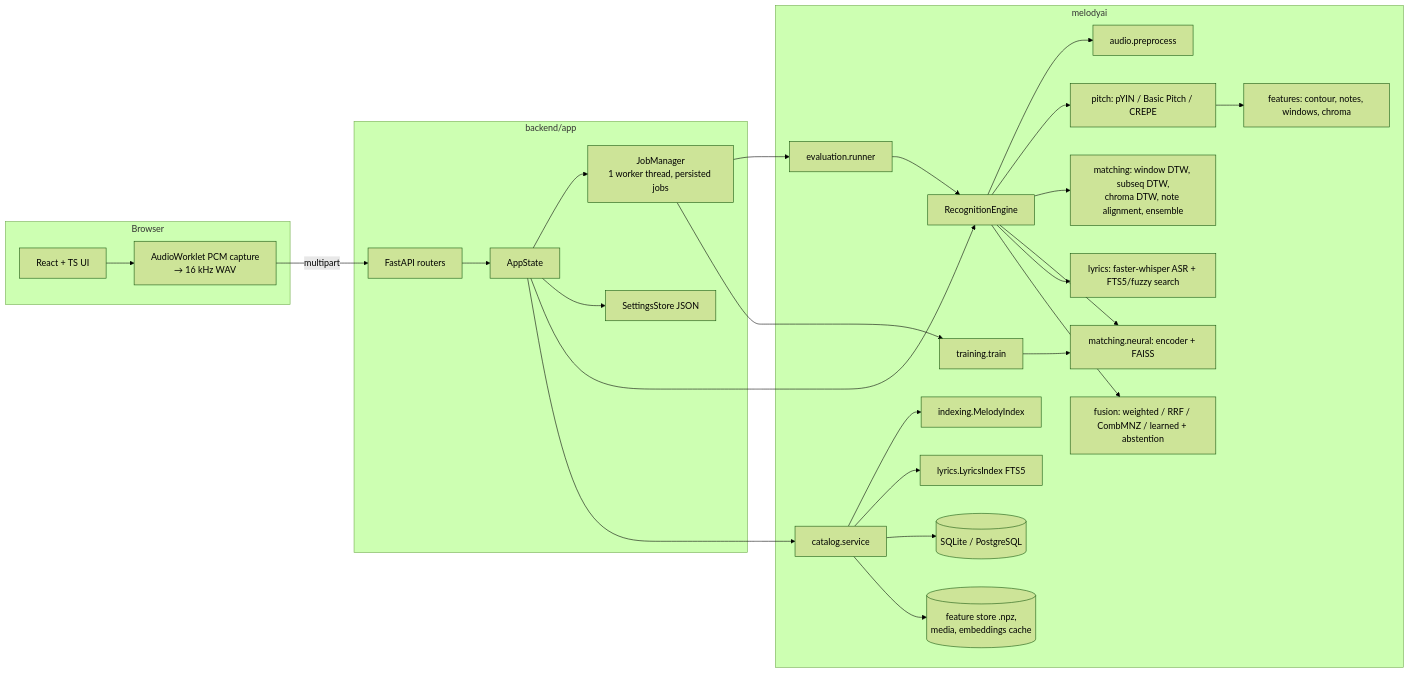
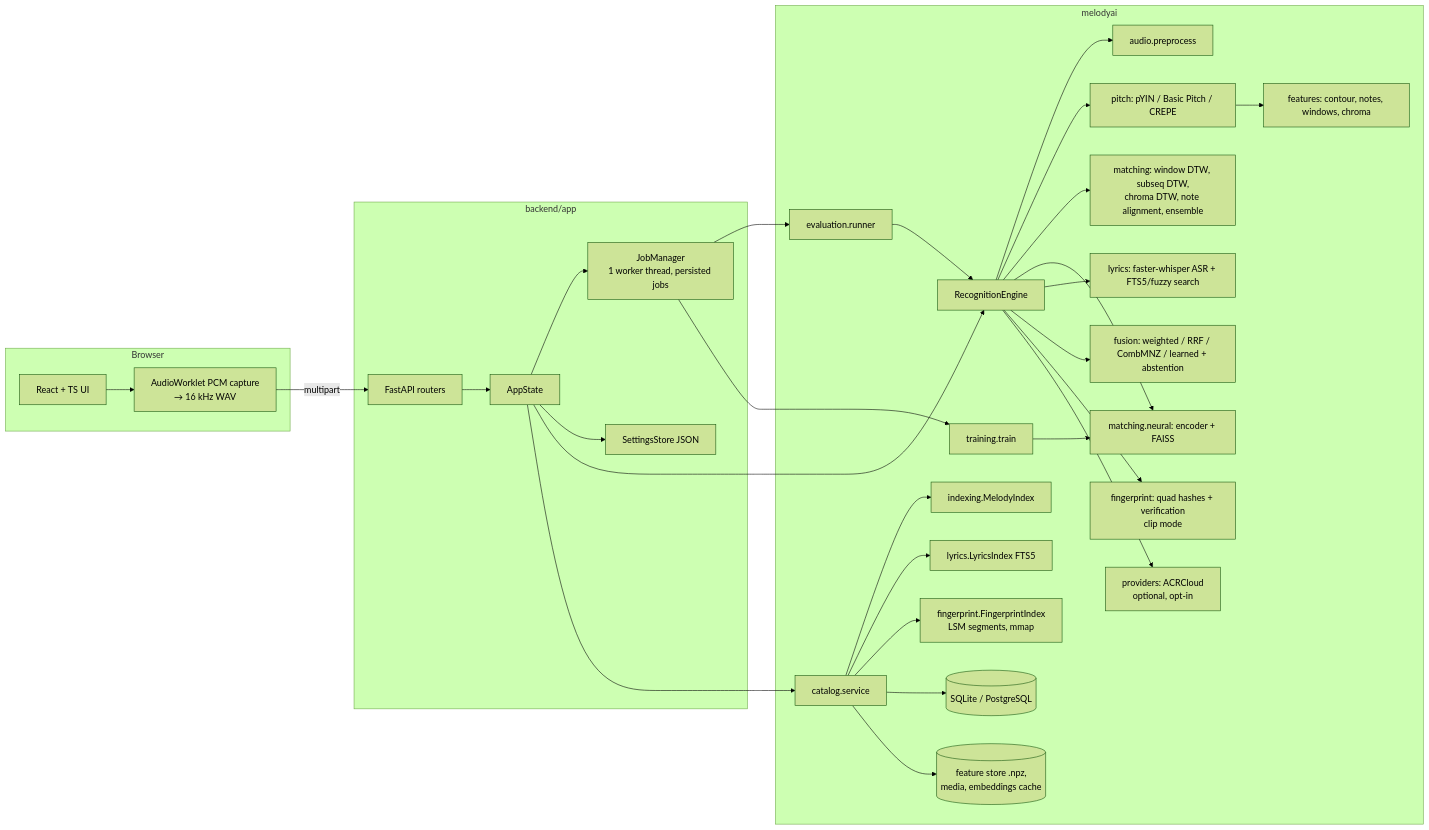
The first of 2 diagrams in docs/ARCHITECTURE.md (Ale-Newport/MelodyAI), drawn with Mermaid (forest theme) before and after one commit. The commit also changed other lines of this file and 53 other files, not shown here.

````diff
--- a/docs/ARCHITECTURE.md
+++ b/docs/ARCHITECTURE.md
@@ -14,31 +14,34 @@
 ```mermaid
 flowchart LR
   subgraph Browser
     UI[React + TS UI] --> REC[AudioWorklet PCM capture<br/>→ 16 kHz WAV]
   end
   REC -->|multipart| API
   subgraph Backend [backend/app]
     API[FastAPI routers] --> ST[AppState]
     ST --> JOBS[JobManager<br/>1 worker thread, persisted jobs]
     ST --> SET[SettingsStore JSON]
   end
   subgraph Science [melodyai]
     ENG[RecognitionEngine] --> PRE[audio.preprocess]
     ENG --> PITCH[pitch: pYIN / Basic Pitch / CREPE]
     PITCH --> FEAT[features: contour, notes, windows, chroma]
     ENG --> MATCH[matching: window DTW, subseq DTW,<br/>chroma DTW, note alignment, ensemble]
     ENG --> NEU[matching.neural: encoder + FAISS]
     ENG --> LYR[lyrics: faster-whisper ASR + FTS5/fuzzy search]
     ENG --> FUS[fusion: weighted / RRF / CombMNZ / learned + abstention]
+    ENG --> FP[fingerprint: quad hashes + verification<br/>clip mode]
+    ENG --> PROV[providers: ACRCloud<br/>optional, opt-in]
     CAT[catalog.service] --> MIDX[indexing.MelodyIndex]
     CAT --> LIDX[lyrics.LyricsIndex FTS5]
+    CAT --> FIDX[fingerprint.FingerprintIndex<br/>LSM segments, mmap]
     CAT --> DB[(SQLite / PostgreSQL)]
     CAT --> FS[(feature store .npz,<br/>media, embeddings cache)]
     EVAL[evaluation.runner] --> ENG
     TRAIN[training.train] --> NEU
   end
   ST --> ENG
   ST --> CAT
   JOBS --> EVAL
   JOBS --> TRAIN
 ```
````
